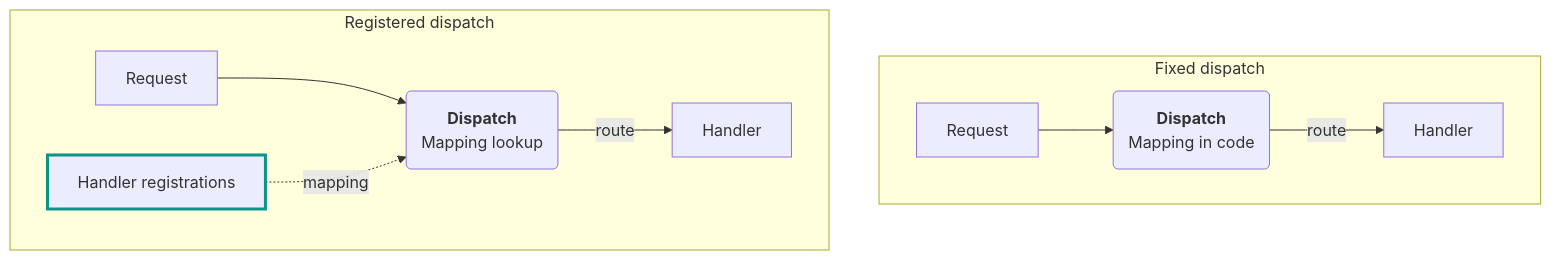
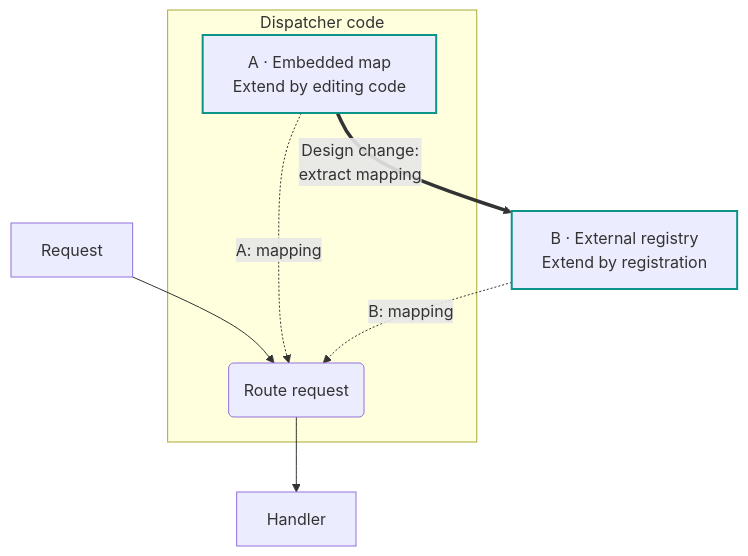
The diagram in research-mermaid/assets/templates/architecture-change.mmd (lanmogu98/dev-skills), drawn with Mermaid before and after one commit. The commit also changed 4 other files, not shown here.

Commit message:
fix(research-mermaid): make architectural comparisons explicit

```diff
--- a/research-mermaid/assets/templates/architecture-change.mmd
+++ b/research-mermaid/assets/templates/architecture-change.mmd
@@ -1,17 +1,17 @@
-%% Synthetic dispatch architectures; example facts and caption are in diagram-frameworks.md.
 flowchart TB
-    accTitle: Moving a handler mapping out of dispatch code
-    accDescr: Both systems route requests to handlers. The fixed dispatcher embeds the mapping in code. The registry-based dispatcher consults a separate registration table, allowing the mapping to change without editing dispatch code.
-    subgraph fixedSystem["Fixed dispatch"]
-        fixedRequest["Request"] --> fixedDispatch("`**Dispatch**
-Mapping in code`")
-        fixedDispatch -->|route| fixedHandler["Handler"]
+    accTitle: Extract the handler mapping while keeping request routing
+    accDescr: A common request-to-dispatch-to-handler path compares two alternative mapping locations. A is embedded within dispatcher code. B is an external registry. A thick arrow denotes the architectural extraction, not runtime execution. Thin arrows carry requests; dotted arrows supply the mapping in the respective alternative.
+    request["Request"] --> dispatch
+    subgraph code["Dispatcher code"]
+        embedded["A · Embedded map
+Extend by editing code"]
+        dispatch("Route request")
+        embedded -. "A: mapping" .-> dispatch
     end
-    subgraph extensibleSystem["Registered dispatch"]
-        extensibleRequest["Request"] --> extensibleDispatch("`**Dispatch**
-Mapping lookup`")
-        registry["Handler registrations"] -. mapping .-> extensibleDispatch
-        extensibleDispatch -->|route| extensibleHandler["Handler"]
-    end
-    class registry changed
-    classDef changed stroke:#0D9488,stroke-width:3px
+    registry["B · External registry
+Extend by registration"] -. "B: mapping" .-> dispatch
+    embedded ==>|"Design change:
+extract mapping"| registry
+    dispatch --> handler["Handler"]
+    class embedded,registry changed
+    classDef changed stroke:#0D9488,stroke-width:2px
```
